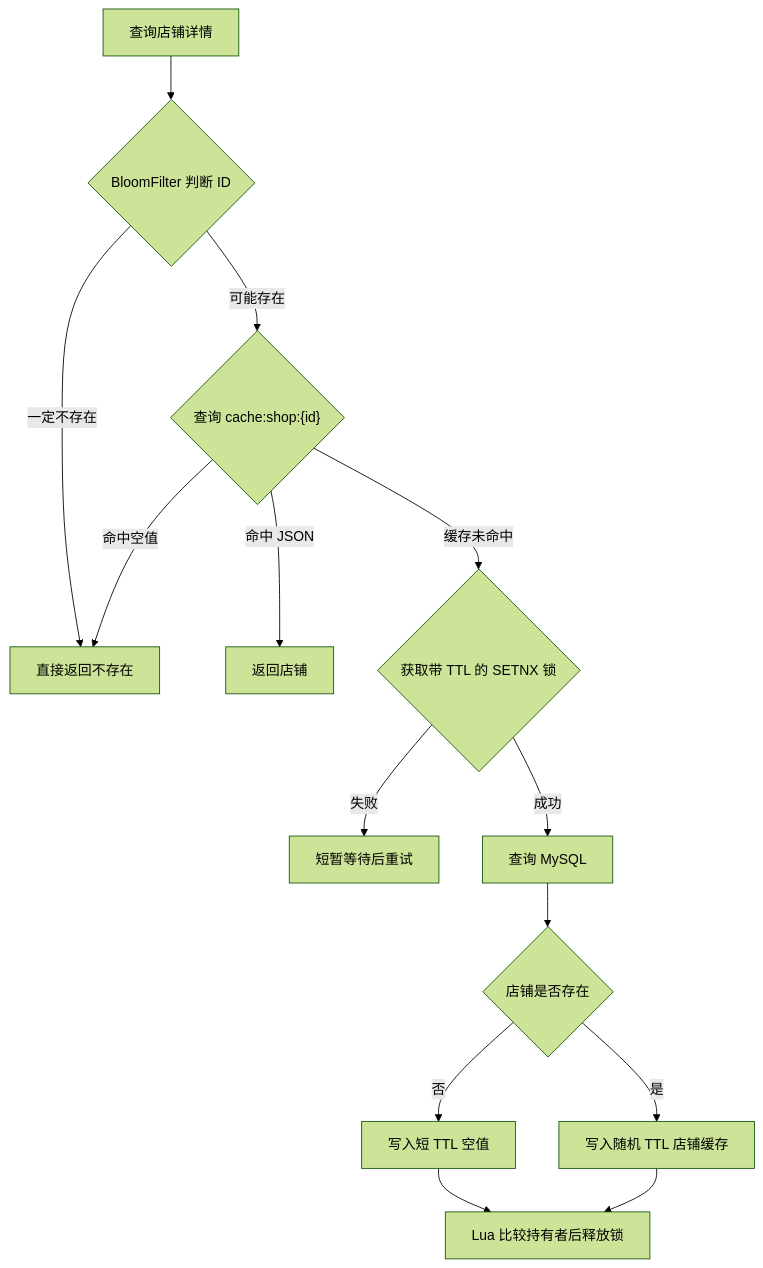
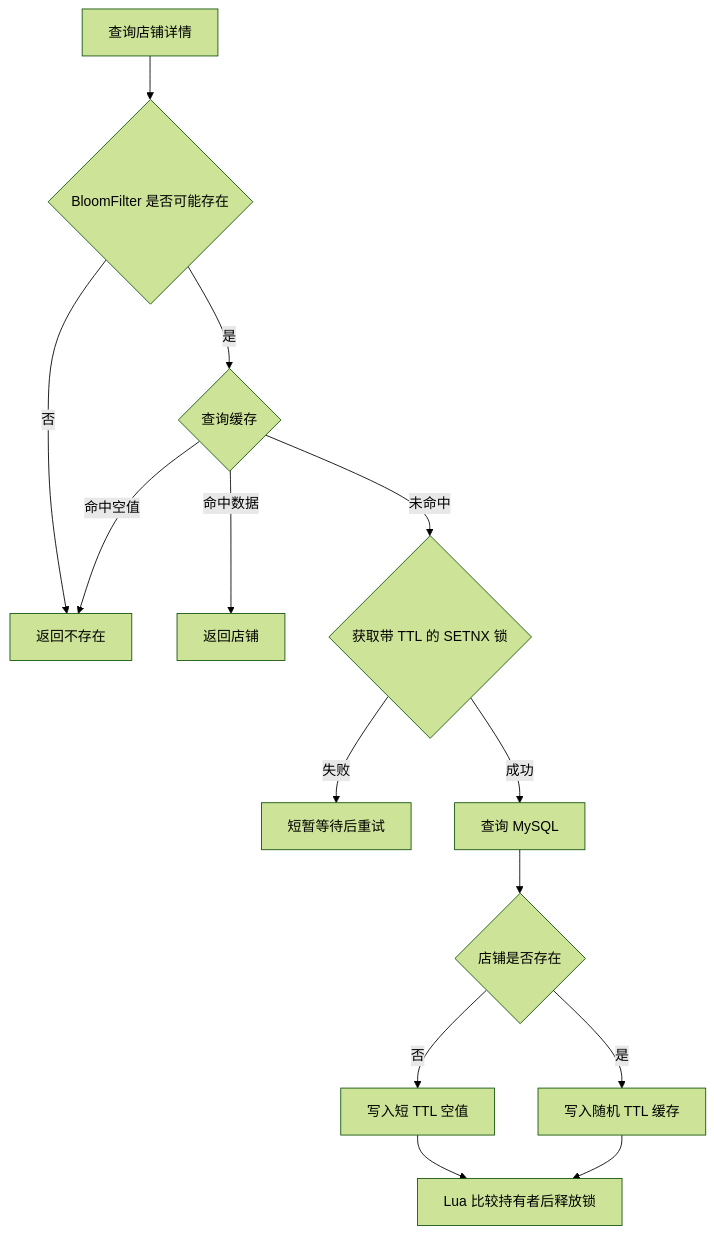
The second of 6 diagrams in README.md (llyyyq/niche-review), drawn with Mermaid (forest theme) before and after one commit. The commit also changed other lines of this file and 37 other files, not shown here.

````diff
--- a/README.md
+++ b/README.md
@@ -72,16 +82,16 @@
 ```mermaid
 flowchart TD
-    A["查询店铺详情"] --> B{"BloomFilter 判断 ID"}
-    B -- "一定不存在" --> C["直接返回不存在"]
-    B -- "可能存在" --> D{"查询 cache:shop:{id}"}
-    D -- "命中 JSON" --> E["返回店铺"]
+    A["查询店铺详情"] --> B{"BloomFilter 是否可能存在"}
+    B -- "否" --> C["返回不存在"]
+    B -- "是" --> D{"查询缓存"}
+    D -- "命中数据" --> E["返回店铺"]
     D -- "命中空值" --> C
-    D -- "缓存未命中" --> F{"获取带 TTL 的 SETNX 锁"}
+    D -- "未命中" --> F{"获取带 TTL 的 SETNX 锁"}
     F -- "失败" --> G["短暂等待后重试"]
     F -- "成功" --> H["查询 MySQL"]
     H --> I{"店铺是否存在"}
     I -- "否" --> J["写入短 TTL 空值"]
-    I -- "是" --> K["写入随机 TTL 店铺缓存"]
+    I -- "是" --> K["写入随机 TTL 缓存"]
     J --> L["Lua 比较持有者后释放锁"]
     K --> L
 ```
````
